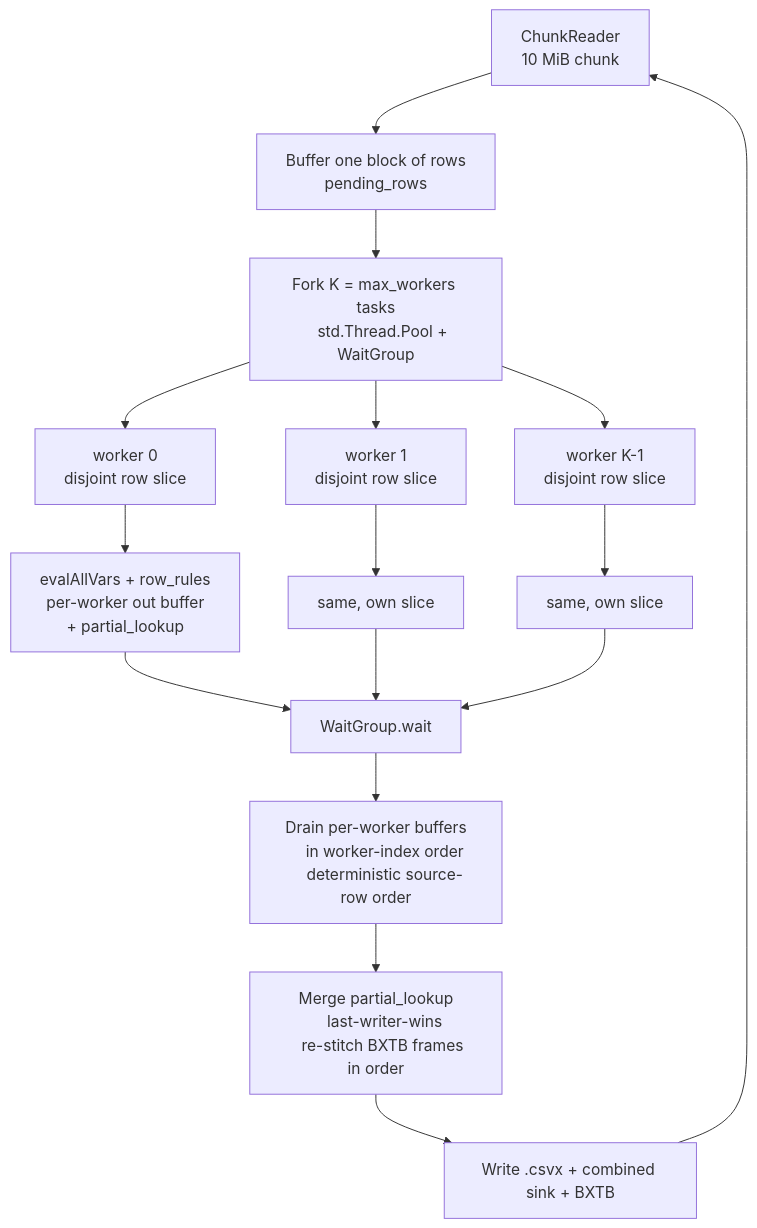
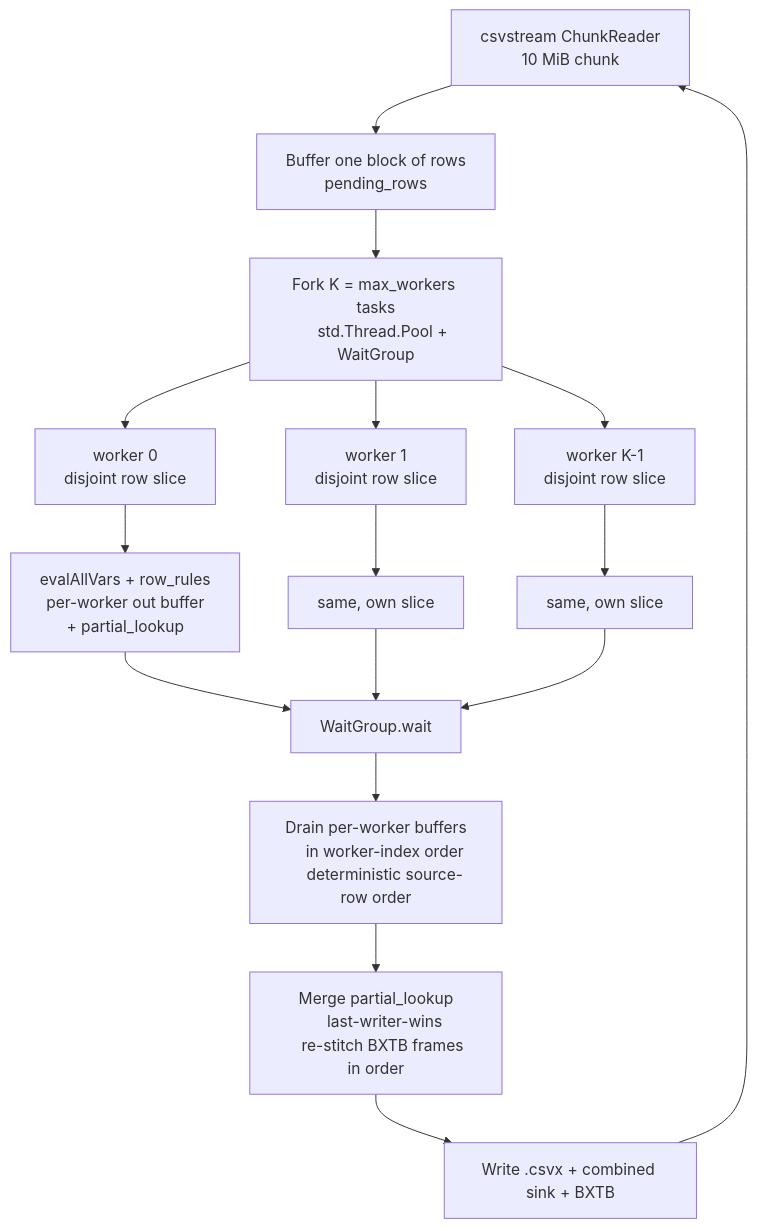
Before and after one commit to zaxified/bxp: the third of 5 diagrams in docs/dev/architecture/pipeline.md, drawn with Mermaid. The commit also changed other lines of this file and 51 other files, not shown here.

````diff
--- a/docs/dev/architecture/pipeline.md
+++ b/docs/dev/architecture/pipeline.md
@@ -116,30 +116,30 @@
 ```mermaid
 flowchart TD
-    READ[ChunkReader
+    READ[csvstream ChunkReader
     10 MiB chunk] --> BLK[Buffer one block of rows
     pending_rows]
     BLK --> FORK[Fork K = max_workers tasks
     std.Thread.Pool + WaitGroup]
     FORK --> W0[worker 0
     disjoint row slice]
     FORK --> W1[worker 1
     disjoint row slice]
     FORK --> WK[worker K-1
     disjoint row slice]
     W0 --> E0[evalAllVars + row_rules
     per-worker out buffer
     + partial_lookup]
     W1 --> E1[same, own slice]
     WK --> EK[same, own slice]
     E0 --> JOIN[WaitGroup.wait]
     E1 --> JOIN
     EK --> JOIN
     JOIN --> DRAIN[Drain per-worker buffers
     in worker-index order
     deterministic source-row order]
     DRAIN --> MERGE[Merge partial_lookup
     last-writer-wins
     re-stitch BXTB frames in order]
     MERGE --> WRITE[Write .csvx + combined sink + BXTB]
     WRITE --> READ
 ```
````
